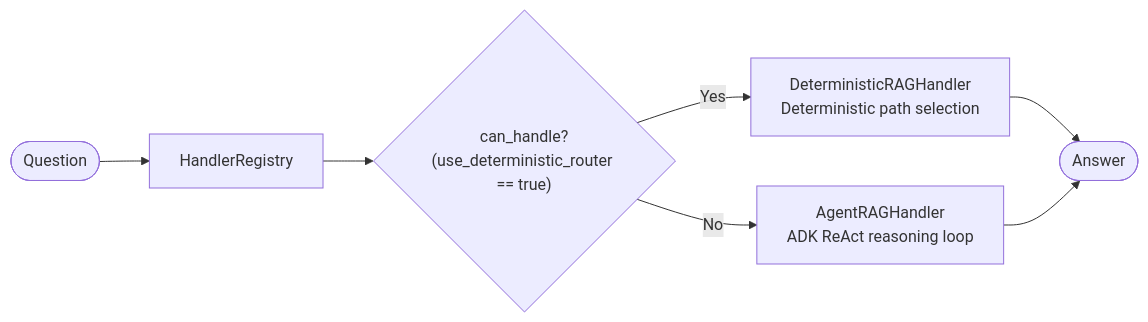
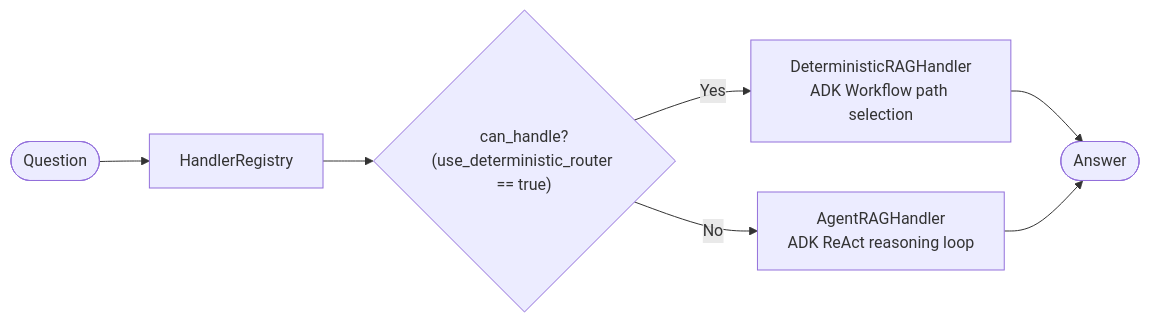
The second of 3 diagrams in docs/feature/deterministic-router-poc/QUESTION_ANSWERING_DIAGRAM.md (Kitabim-AI/kitabim-ai), drawn with Mermaid before and after one commit. The commit also changed other lines of this file and 4 other files, not shown here.

Commit message:
docs: update chat architecture documentation, diagram flows, and repository method descriptions

````diff
--- a/docs/feature/deterministic-router-poc/QUESTION_ANSWERING_DIAGRAM.md
+++ b/docs/feature/deterministic-router-poc/QUESTION_ANSWERING_DIAGRAM.md
@@ -78,9 +78,9 @@
 ```mermaid
 flowchart LR
     Q([Question]) --> REG["HandlerRegistry"]
     REG --> CAN_DET{"can_handle?<br/>(use_deterministic_router == true)"}
-    CAN_DET -- Yes --> DET["DeterministicRAGHandler<br/>Deterministic path selection"]
+    CAN_DET -- Yes --> DET["DeterministicRAGHandler<br/>ADK Workflow path selection"]
     CAN_DET -- No --> ADK["AgentRAGHandler<br/>ADK ReAct reasoning loop"]
     DET --> ANS([Answer])
     ADK --> ANS([Answer])
 ```
````
